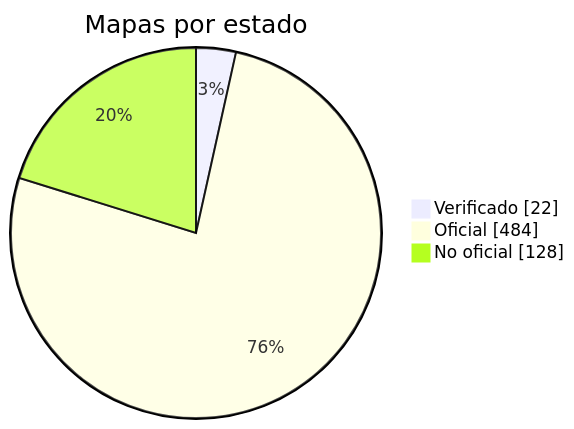
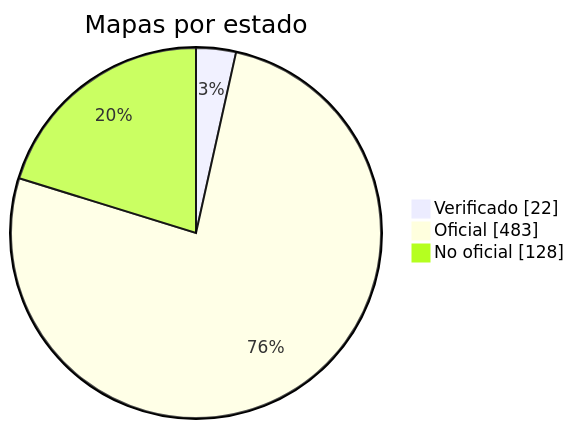
The diagram in docs/readme/README_ES.md (nobrega8/mbmap-library), drawn with Mermaid before and after one commit. The commit also changed 7 other files, not shown here.

````diff
--- a/docs/readme/README_ES.md
+++ b/docs/readme/README_ES.md
@@ -54,7 +54,7 @@
 ```mermaid
 pie showData
     title Mapas por estado
     "Verificado" : 22
-    "Oficial" : 484
+    "Oficial" : 483
     "No oficial" : 128
 ```
````
